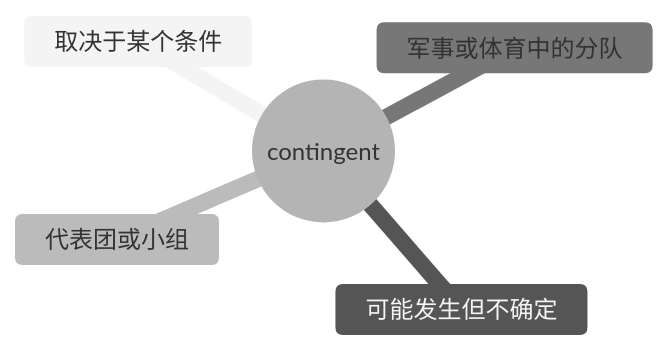
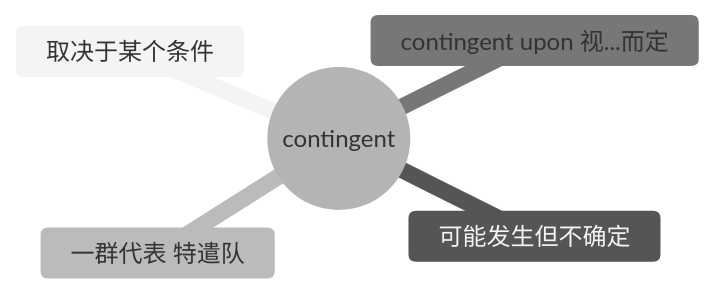
One commit to seki999/DialogueFlow changed the second of 5 diagrams in slides_backup/托业单词/20260630/10.md. Above: the diagram before and after it, drawn with Mermaid (neutral theme). The commit also changed other lines of this file and 28 other files, not shown here.

````diff
--- a/slides_backup/托业单词/20260630/10.md
+++ b/slides_backup/托业单词/20260630/10.md
@@ -32,8 +34,8 @@
 ```mermaid
 mindmap
   root((contingent))
     取决于某个条件
     可能发生但不确定
-    代表团或小组
-    军事或体育中的分队
+    一群代表 特遣队
+    contingent upon 视...而定
 ```
````
